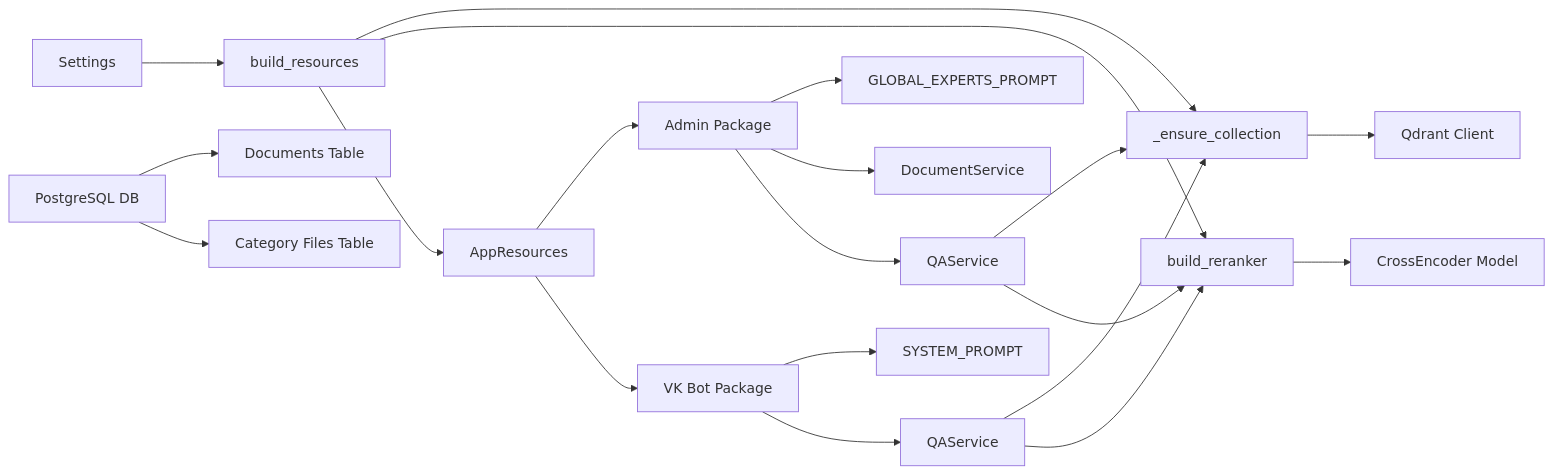
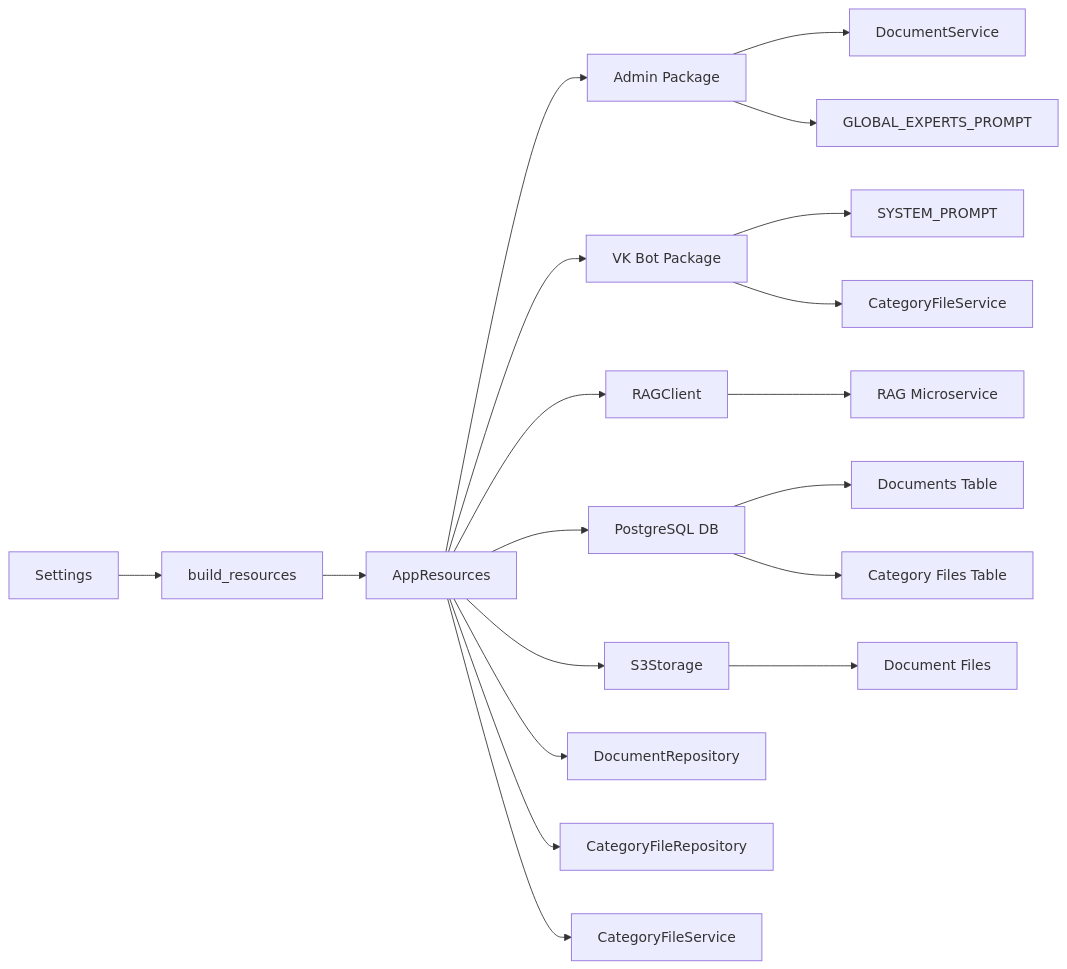
The eighth of 8 diagrams in .qoder/repowiki/en/content/API Reference/Resource Management System.md (ognelis/cafetera_hr_bot), drawn with Mermaid before and after one commit. The commit also changed other lines of this file and 69 other files, not shown here.

Commit message:
CAFETERA-62 Implemented RAG service

````diff
--- a/.qoder/repowiki/en/content/API Reference/Resource Management System.md
+++ b/.qoder/repowiki/en/content/API Reference/Resource Management System.md
@@ -525,22 +377,21 @@
 ```mermaid
 graph LR
 Config[Settings] --> Factory[build_resources]
-Factory --> CollMgr[_ensure_collection]
-Factory --> Reranker[build_reranker]
 Factory --> AppRes[AppResources]
 AppRes --> Admin[Admin Package]
 AppRes --> VKBot[VK Bot Package]
+Admin --> AdminSvc[DocumentService]
 Admin --> AdminPrompt[GLOBAL_EXPERTS_PROMPT]
-Admin --> AdminSvc[DocumentService]
-Admin --> AdminQA[QAService]
 VKBot --> VKPrompt[SYSTEM_PROMPT]
-VKBot --> VKQA[QAService]
-AdminQA --> CollMgr
-AdminQA --> Reranker
-VKQA --> CollMgr
-VKQA --> Reranker
-CollMgr --> Qdrant[Qdrant Client]
-Reranker --> CrossEncoder[CrossEncoder Model]
-PG[PostgreSQL DB] --> Documents[Documents Table]
+VKBot --> VKCFS[CategoryFileService]
+AppRes --> RAG[RAGClient]
+AppRes --> PG[PostgreSQL DB]
+AppRes --> S3[S3Storage]
+AppRes --> Docs[DocumentRepository]
+AppRes --> Cats[CategoryFileRepository]
+AppRes --> CatSvc[CategoryFileService]
+RAG --> RAGMicroservice[RAG Microservice]
+PG --> Documents[Documents Table]
 PG --> Categories[Category Files Table]
+S3 --> Files[Document Files]
 ```
````
